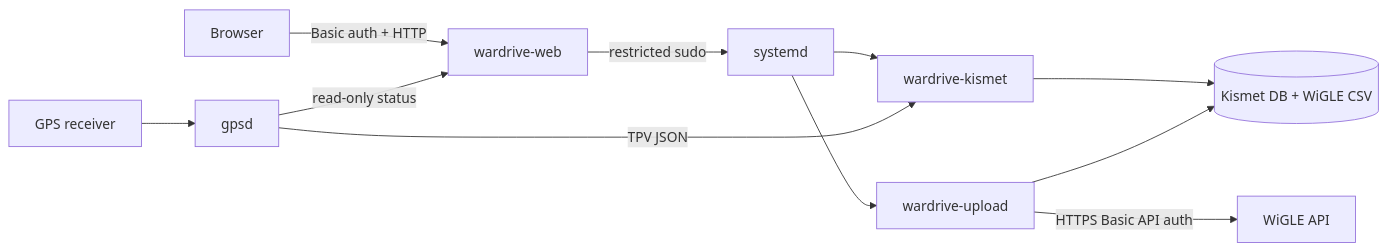
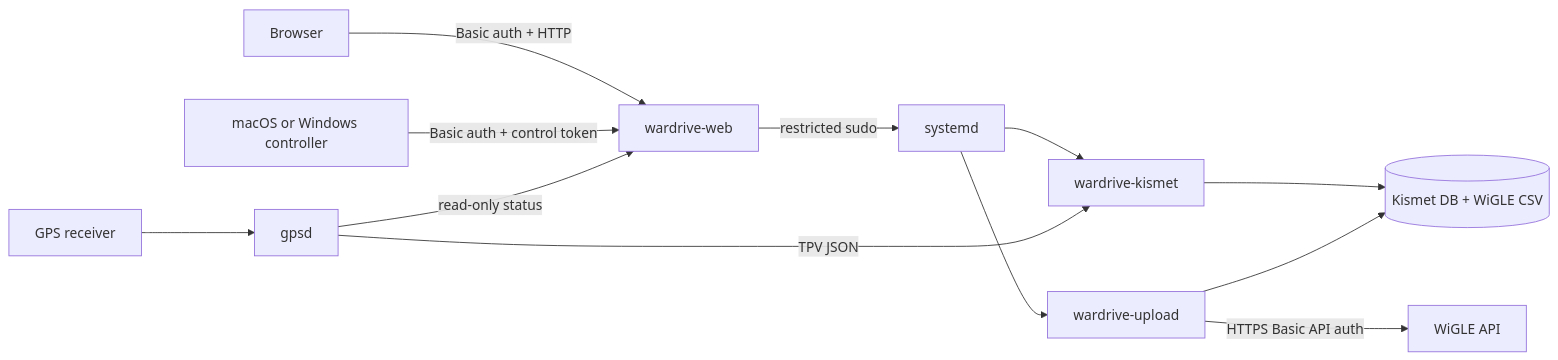
Before and after one commit to willcurtis/raspberry-pi-wardriving-rig: the diagram in docs/architecture.md, drawn with Mermaid. The commit also changed other lines of this file and 10 other files, not shown here.

First line of the commit message:
Add macOS/Windows desktop control utility for the Wardriver Pi

````diff
--- a/docs/architecture.md
+++ b/docs/architecture.md
@@ -12,13 +12,14 @@
 ```mermaid
 flowchart LR
   B[Browser] -->|Basic auth + HTTP| W[wardrive-web]
+  M[macOS or Windows controller] -->|Basic auth + control token| W
   W -->|restricted sudo| S[systemd]
   S --> K[wardrive-kismet]
   S --> U[wardrive-upload]
   G[GPS receiver] --> D[gpsd]
   D -->|TPV JSON| K
   D -->|read-only status| W
   K --> C[(Kismet DB + WiGLE CSV)]
   U -->|HTTPS Basic API auth| A[WiGLE API]
   U --> C
 ```
````
